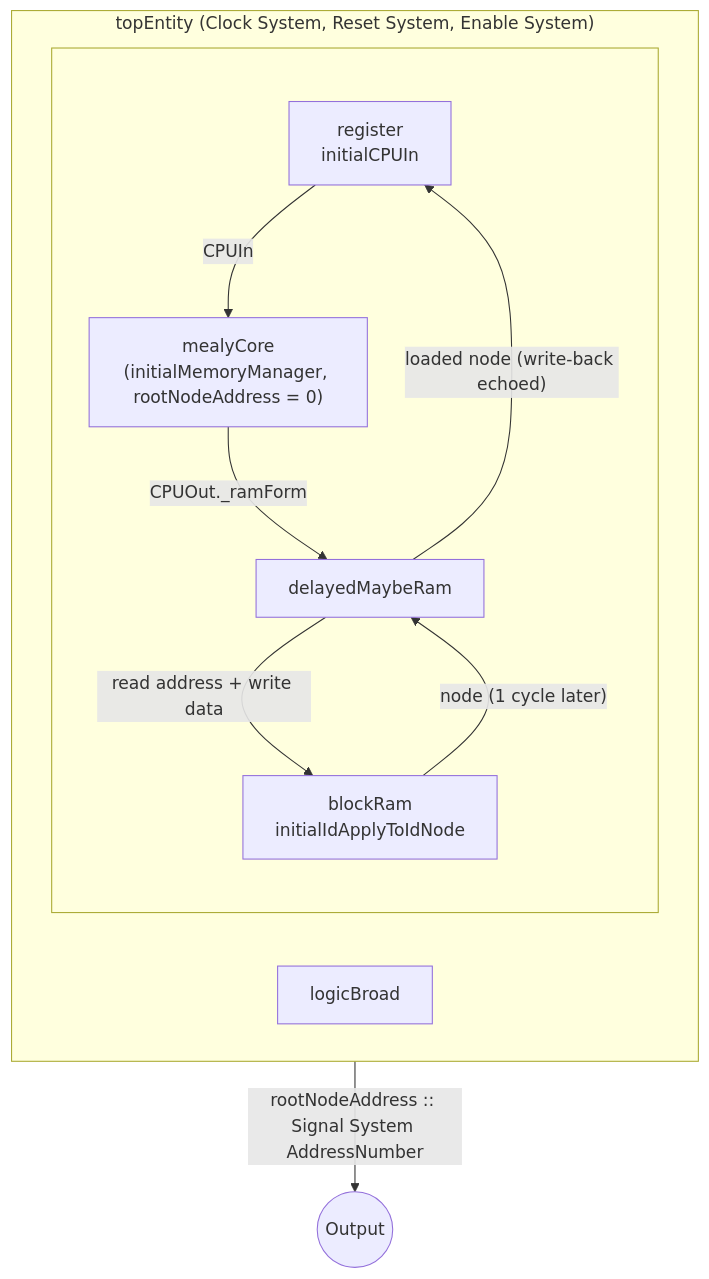
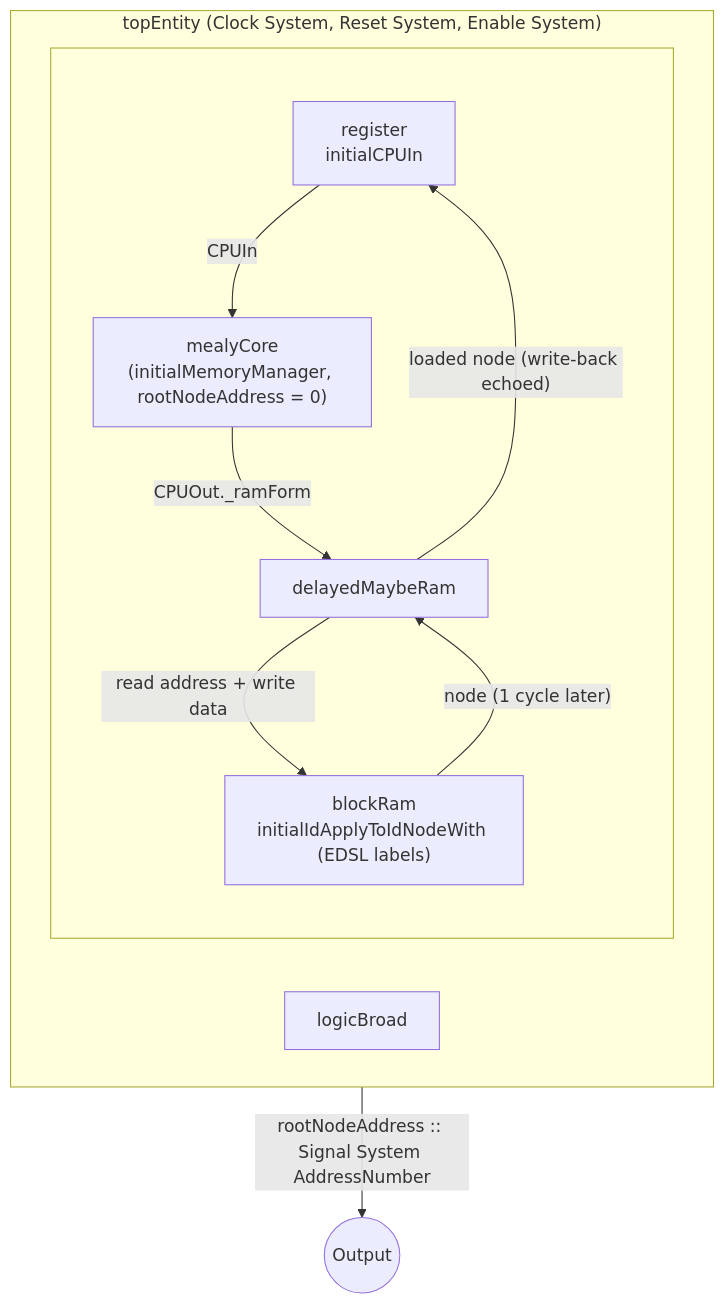
Before and after one commit to Lamagraph/interaction-nets-in-fpga: the second of 6 diagrams in lamagraph-core/docs/architecture.md, drawn with Mermaid. The commit also changed other lines of this file and 12 other files, not shown here.

````diff
--- a/lamagraph-core/docs/architecture.md
+++ b/lamagraph-core/docs/architecture.md
@@ -60,20 +60,20 @@
 ```mermaid
 flowchart TD
     subgraph topEntity["topEntity (Clock System, Reset System, Enable System)"]
         direction LR
         LB["logicBroad"]
         subgraph LBinner[" "]
             direction TB
             REG["register<br/>initialCPUIn"]
             MC["mealyCore<br/>(initialMemoryManager, rootNodeAddress = 0)"]
-            RAM["blockRam<br/>initialIdApplyToIdNode"]
+            RAM["blockRam<br/>initialIdApplyToIdNodeWith (EDSL labels)"]
             DMR["delayedMaybeRam"]
             REG -->|"CPUIn"| MC
             MC -->|"CPUOut._ramForm"| DMR
             DMR -->|"read address + write data"| RAM
             RAM -->|"node (1 cycle later)"| DMR
             DMR -->|"loaded node (write-back echoed)"| REG
         end
     end
     MC -->|"rootNodeAddress :: Signal System AddressNumber"| O(("Output"))
 ```
````
